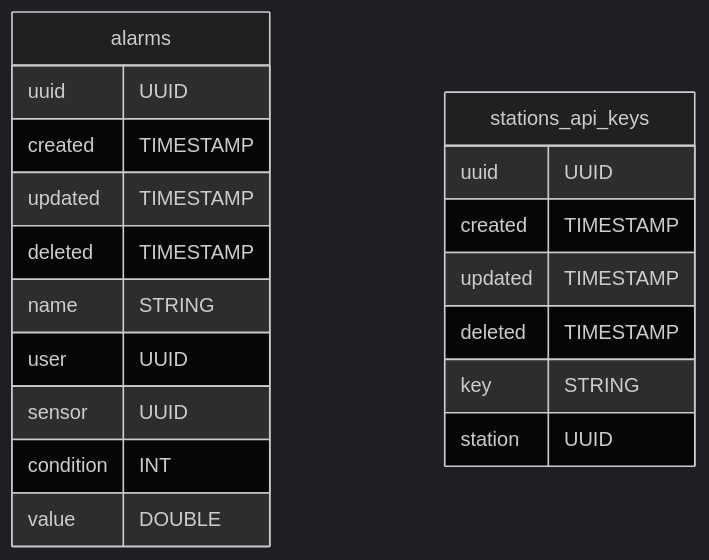
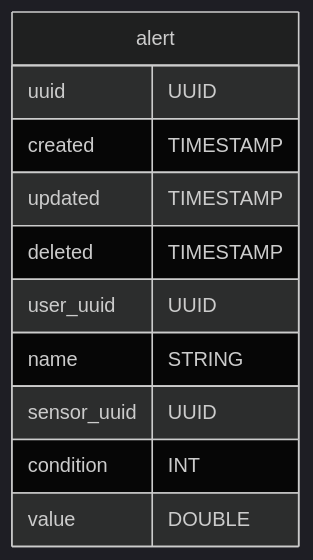
The third of 4 diagrams in Database.md (hidromatologia-v2/docs), drawn with Mermaid (dark theme) before and after one commit. The commit also changed other lines of this file, not shown here.

Commit message:
docs: updated tables ER diagrams

````diff
--- a/Database.md
+++ b/Database.md
@@ -77,24 +61,15 @@
 ```mermaid
 erDiagram
 
-alarms {
+alert {
 	uuid UUID
 	created TIMESTAMP
 	updated TIMESTAMP
 	deleted TIMESTAMP
+	user_uuid UUID
 	name STRING
-	user UUID
-	sensor UUID
+	sensor_uuid UUID
 	condition INT
 	value DOUBLE
 }
-
-stations_api_keys {
-	uuid UUID
-	created TIMESTAMP
-	updated TIMESTAMP
-	deleted TIMESTAMP
-	key STRING
-	station UUID
-}
 ```
````
